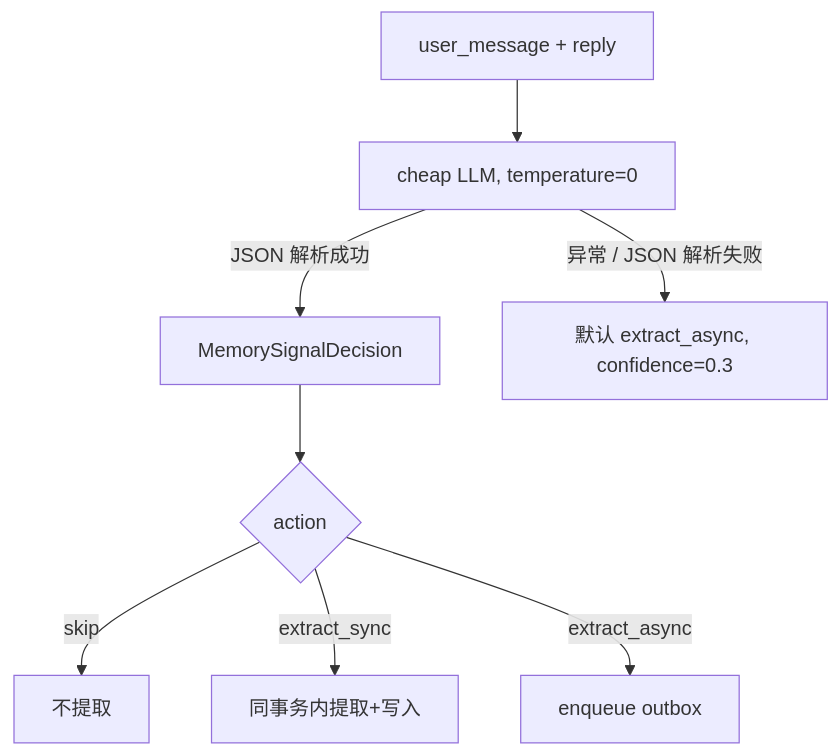
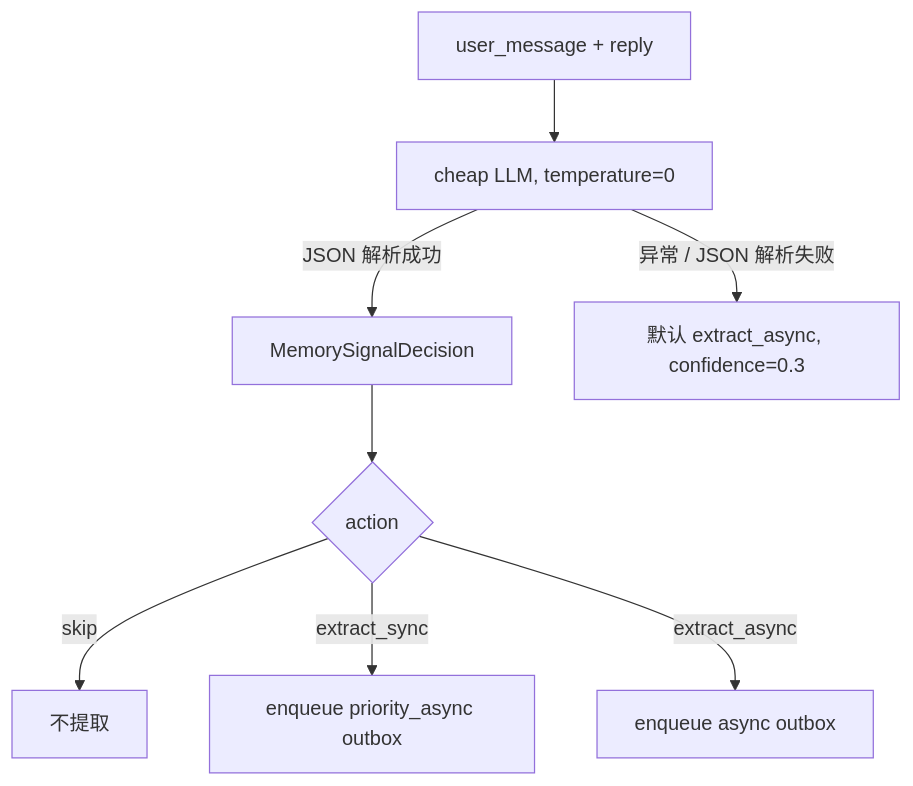
One commit to juzixiaoren/AIive changed the third of 4 diagrams in docs/architecture/memory_architecture_design.md. Above: the diagram before and after it, drawn with Mermaid. The commit also changed other lines of this file and 96 other files, not shown here.

````diff
--- a/docs/architecture/memory_architecture_design.md
+++ b/docs/architecture/memory_architecture_design.md
@@ -280,10 +279,10 @@
 ```mermaid
 flowchart TD
     U[user_message + reply] --> C[cheap LLM, temperature=0]
     C -->|JSON 解析成功| P[MemorySignalDecision]
     P --> A{action}
     A -->|skip| S[不提取]
-    A -->|extract_sync| SY[同事务内提取+写入]
-    A -->|extract_async| AS[enqueue outbox]
+    A -->|extract_sync| SY[enqueue priority_async outbox]
+    A -->|extract_async| AS[enqueue async outbox]
     C -->|异常 / JSON 解析失败| D[默认 extract_async, confidence=0.3]
 ```
````
